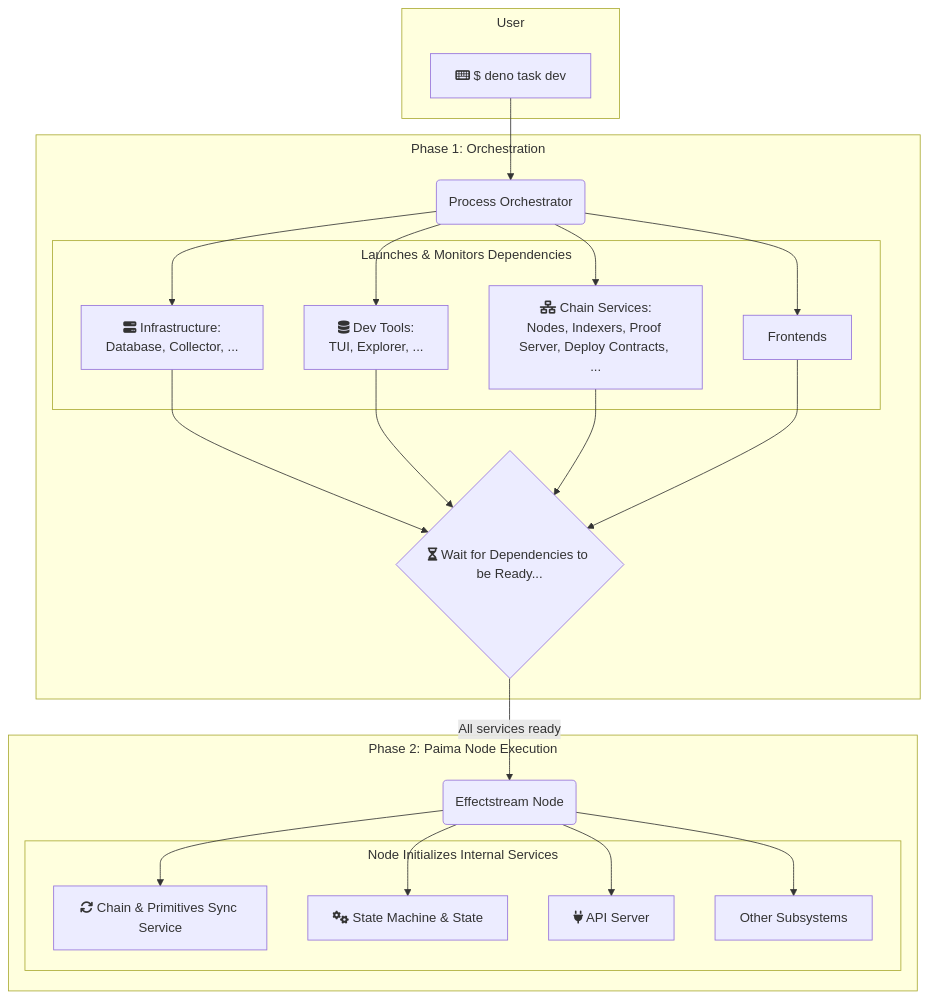
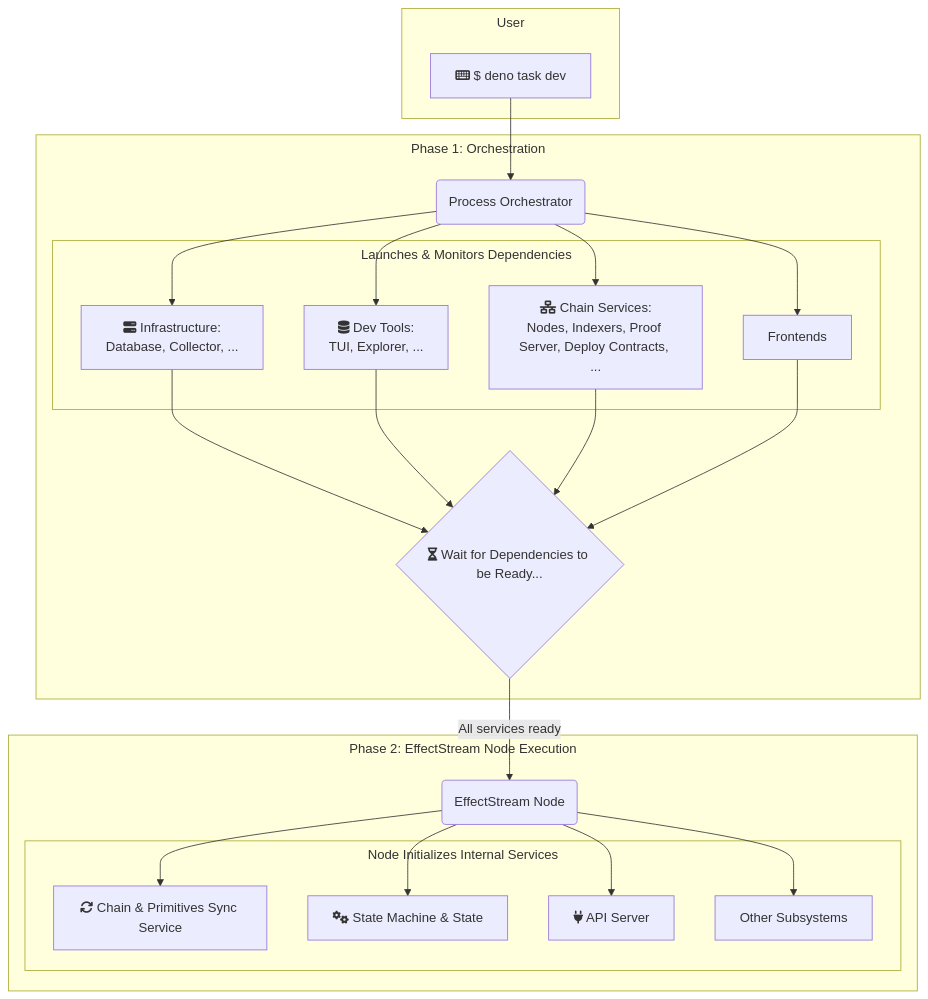
One commit to effectstream/effectstream changed the diagram in docs/site/docs/home/100-components/117-node-startup.md. Above: the diagram before and after it, drawn with Mermaid. The commit also changed other lines of this file and 103 other files, not shown here.

First line of the commit message:
docs: rebrand site to EffectStream, add blog posts and images

````diff
--- a/docs/site/docs/home/100-components/117-node-startup.md
+++ b/docs/site/docs/home/100-components/117-node-startup.md
@@ -81,53 +81,53 @@
 ```mermaid
 ---
 config:
   flowchart:
     subGraphTitleMargin:
       top: 5
       bottom: 25
 ---
 graph TD
     subgraph "User"
         A["fa:fa-keyboard $ deno task dev"]
     end
 
     subgraph "Phase 1: Orchestration"
         B(Process Orchestrator)
         subgraph "Launches & Monitors Dependencies"
             
             C[fa:fa-server Infrastructure:<br/>Database, Collector, ...]
             D[fa:fa-database Dev Tools:<br/>TUI, Explorer, ...]
             E[fa:fa-network-wired Chain Services:<br/>Nodes, Indexers, Proof Server, Deploy Contracts, ...]
             F[Frontends]
         end
         G{fa:fa-hourglass-half Wait for Dependencies to be Ready...}
     end
 
-    subgraph "Phase 2: Paima Node Execution"
-        H(Effectstream Node)
+    subgraph "Phase 2: EffectStream Node Execution"
+        H(EffectStream Node)
         subgraph "Node Initializes Internal Services"
             I[fa:fa-sync Chain & Primitives Sync Service]
             J[fa:fa-cogs State Machine & State]
             K[fa:fa-plug API Server]
             L[Other Subsystems]
         end
     end
 
     A --> B;
     B --> C;
     B --> D;
     B --> E;
     B --> F;
 
     C --> G;
     D --> G;
     E --> G;
     F --> G;
     
     G -- All services ready --> H;
     
     H --> L;
     H --> I;
     H --> J;
     H --> K;
 ```
````
